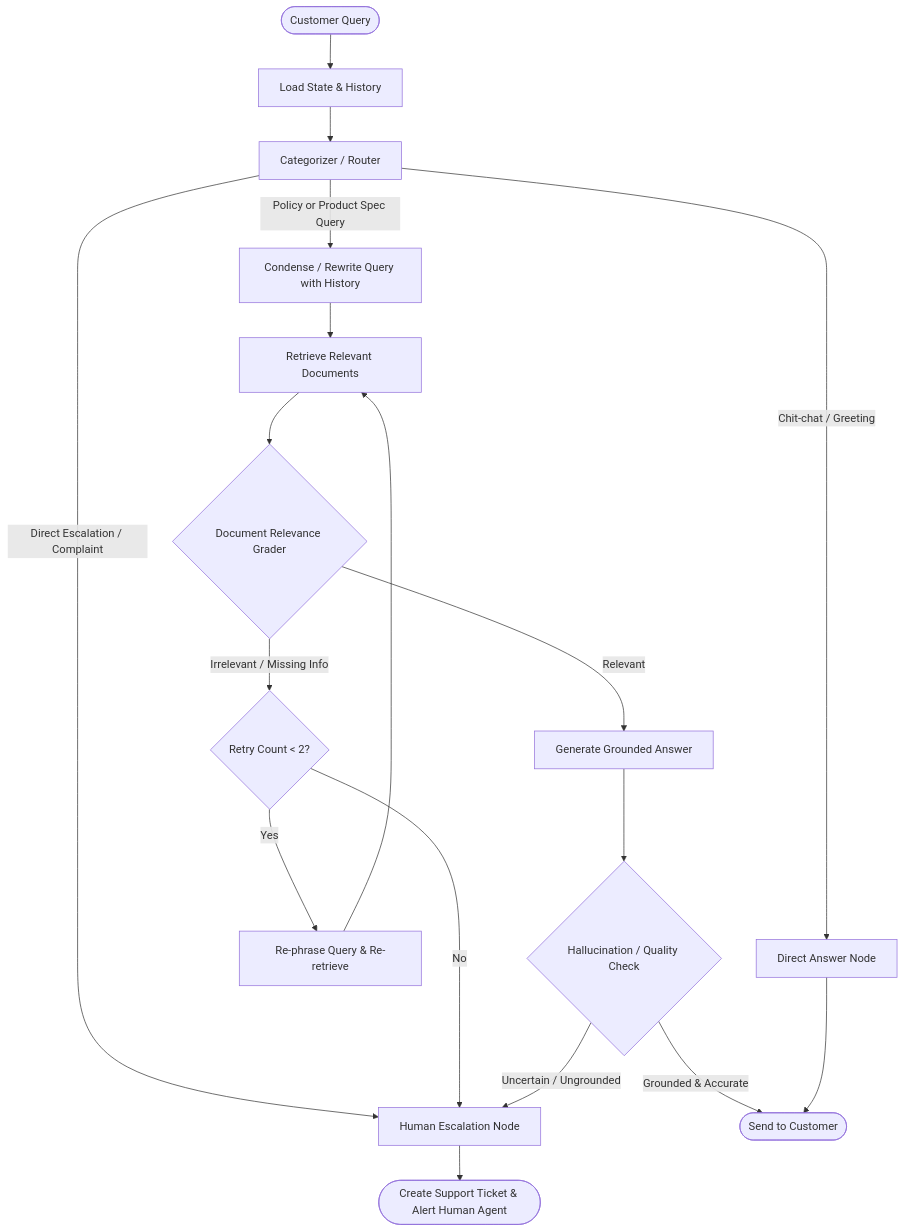
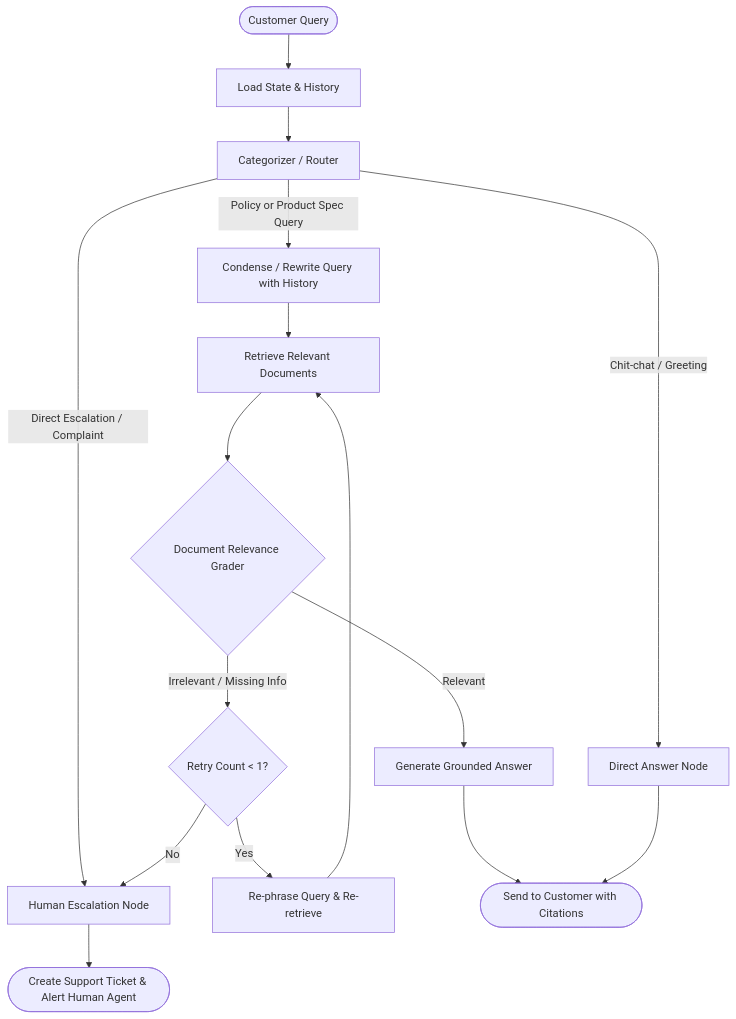
Before and after one commit to Ayush-web28/Ecom-Support-Agent: the diagram in README.md, drawn with Mermaid. The commit also changed other lines of this file and 2 other files, not shown here.

````diff
--- a/README.md
+++ b/README.md
@@ -19,26 +19,23 @@
 ```mermaid
 flowchart TD
     Start([Customer Query]) --> InputNode["Load State & History"]
     InputNode --> Categorize["Categorizer / Router"]
 
     Categorize -->|"Chit-chat / Greeting"| DirectResponse["Direct Answer Node"]
     Categorize -->|"Direct Escalation / Complaint"| HumanHandoff["Human Escalation Node"]
     Categorize -->|"Policy or Product Spec Query"| QueryRewrite["Condense / Rewrite Query with History"]
 
     QueryRewrite --> Retriever["Retrieve Relevant Documents"]
     Retriever --> DocGrader{"Document Relevance Grader"}
 
     DocGrader -->|"Relevant"| Generator["Generate Grounded Answer"]
-    DocGrader -->|"Irrelevant / Missing Info"| RetryCheck{"Retry Count < 2?"}
+    DocGrader -->|"Irrelevant / Missing Info"| RetryCheck{"Retry Count < 1?"}
 
     RetryCheck -->|"Yes"| FallbackSearch["Re-phrase Query & Re-retrieve"]
     FallbackSearch --> Retriever
     RetryCheck -->|"No"| HumanHandoff
 
-    Generator --> HallucinationChecker{"Hallucination / Quality Check"}
-    HallucinationChecker -->|"Grounded & Accurate"| OutputAnswer([Send to Customer])
-    HallucinationChecker -->|"Uncertain / Ungrounded"| HumanHandoff
-
+    Generator --> OutputAnswer([Send to Customer with Citations])
     DirectResponse --> OutputAnswer
     HumanHandoff --> OutputEscalation([Create Support Ticket & Alert Human Agent])
 ```
````
